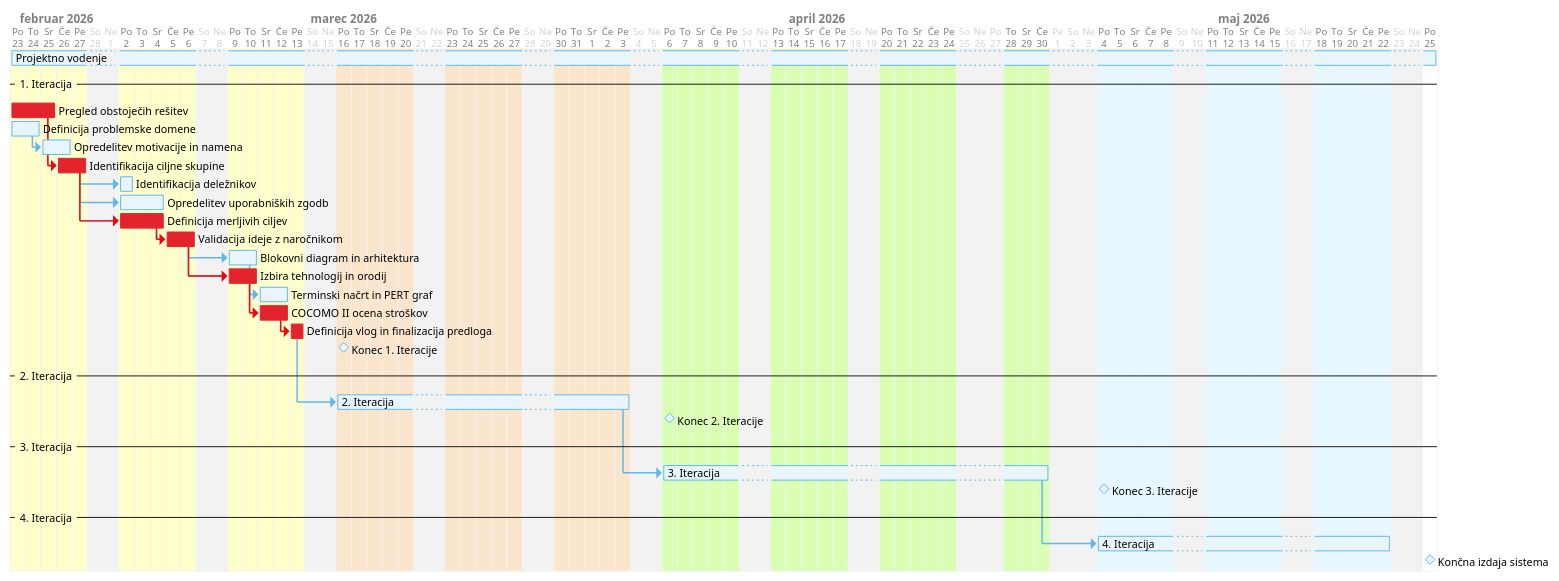
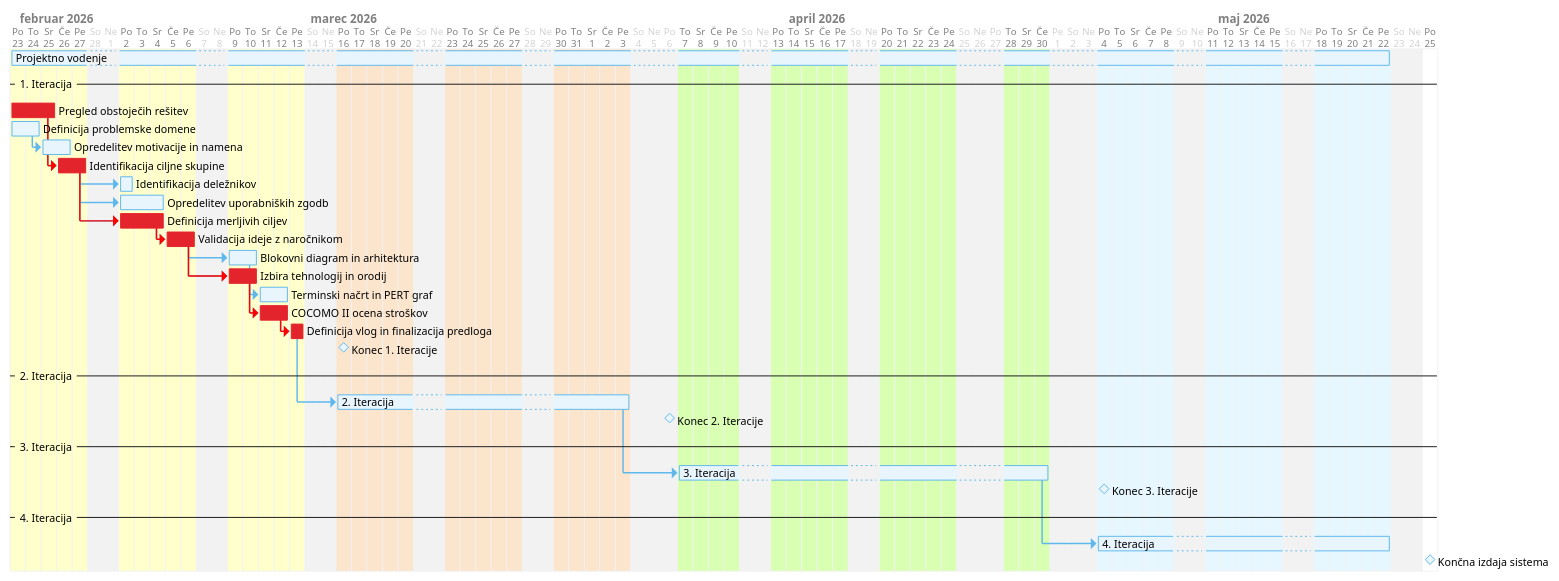
One commit to jakobjesenko/Projekt-06 changed the diagram in docs/gradivo/plantuml/Ganttov_diagram.puml. Above: the diagram before and after it, drawn with PlantUML. The commit also changed 2 other files, not shown here.

Commit message:
dodan opis predznanja in popravljen ganttov diagram

```diff
--- a/docs/gradivo/plantuml/Ganttov_diagram.puml
+++ b/docs/gradivo/plantuml/Ganttov_diagram.puml
@@ -1,119 +1,121 @@
 @startgantt "Ganttov diagram razvoja sistema"
 
 <style>
 ganttDiagram {
   timeline {
     LineColor #f2f2f2
     FontColor gray
   }
   task {
     BackgroundColor #e8f5fd
     LineColor #5FB8EC
   }
   arrow {
     LineColor #5FB8EC
   }
   milestone {
     BackgroundColor #e8f5fd
     LineColor #5FB8EC
   }
   closed {
     BackgroundColor #f2f2f2
     FontColor lightgray
   }
 }
 </style>
 
 skinparam backgroundColor transparent
 hide footbox
 language sl
 
 project starts the 23rd of February 2026
 saturdays are closed
 sundays are closed
+2026-04-06 is closed
 2026-04-27 is closed
 2026-05-01 is closed
 2026-05-02 is closed
 
 
 
 2026-02-23 to 2026-03-15 is colored in #FFFFCC
 2026-02-28 is colored in #f2f2f2
 2026-03-01 is colored in #f2f2f2
 2026-03-07 is colored in #f2f2f2
 2026-03-08 is colored in #f2f2f2
 2026-03-14 is colored in #f2f2f2
 2026-03-15 is colored in #f2f2f2
 
 2026-03-16 to 2026-04-05 is colored in #FCE5CD
 2026-03-21 is colored in #f2f2f2
 2026-03-22 is colored in #f2f2f2
 2026-03-28 is colored in #f2f2f2
 2026-03-29 is colored in #f2f2f2
 2026-04-04 is colored in #f2f2f2
 2026-04-05 is colored in #f2f2f2
 
 2026-04-06 to 2026-05-03 is colored in #D9FFB3
+2026-04-06 is colored in #f2f2f2
 2026-04-11 is colored in #f2f2f2
 2026-04-12 is colored in #f2f2f2
 2026-04-18 is colored in #f2f2f2
 2026-04-19 is colored in #f2f2f2
 2026-04-25 is colored in #f2f2f2
 2026-04-26 is colored in #f2f2f2
 2026-04-27 is colored in #f2f2f2
 2026-05-01 is colored in #f2f2f2
 2026-05-02 is colored in #f2f2f2
 2026-05-03 is colored in #f2f2f2
 
 2026-05-04 to 2026-05-24 is colored in #E6F7FF
 2026-05-09 is colored in #f2f2f2
 2026-05-10 is colored in #f2f2f2
 2026-05-16 is colored in #f2f2f2
 2026-05-17 is colored in #f2f2f2
 2026-05-23 is colored in #f2f2f2
 2026-05-24 is colored in #f2f2f2
 
-[Projektno vodenje] as [I0A0] starts 23rd of February 2026 and lasts 64 days
+[Projektno vodenje] as [I0A0] starts 23rd of February 2026 and lasts 62 days
 
 -- 1. Iteracija --
 [Pregled obstoječih rešitev] as [I1A1] starts 23rd of February 2026 and lasts 3 days and is colored in #E4242C
 [Definicija problemske domene] as [I1A2] starts 23rd of February 2026 and lasts 2 days
 [Opredelitev motivacije in namena] as [I1A3] starts at [I1A2]'s end and lasts 2 days
 [Identifikacija ciljne skupine] as [I1A4] starts at [I1A1]'s end and lasts 2 days and is colored in #E4242C
 
 [Identifikacija deležnikov] as [I1A5] starts at [I1A4]'s end and lasts 1 day
 [Opredelitev uporabniških zgodb] as [I1A6] starts at [I1A4]'s end and lasts 3 days
 [Definicija merljivih ciljev] as [I1A7] starts at [I1A4]'s end and lasts 3 days and is colored in #E4242C
 [Validacija ideje z naročnikom] as [I1A8] starts at [I1A7]'s end and lasts 2 days and is colored in #E4242C
 
 [Blokovni diagram in arhitektura] as [I1A9] starts at [I1A8]'s end and lasts 2 days
 [Izbira tehnologij in orodij] as [I1A10] starts at [I1A8]'s end and lasts 2 days and is colored in #E4242C
 [Terminski načrt in PERT graf] as [I1A11] starts at [I1A9]'s end and lasts 2 days
 [COCOMO II ocena stroškov] as [I1A12] starts at [I1A10]'s end and lasts 2 days and is colored in #E4242C
 [Definicija vlog in finalizacija predloga] as [I1A13] starts at [I1A12]'s end and lasts 1 day and is colored in #E4242C
 
 [I1A1] -[#red]-> [I1A4]
 [I1A4] -[#red]-> [I1A7]
 [I1A7] -[#red]-> [I1A8]
 [I1A8] -[#red]-> [I1A10]
 [I1A10] -[#red]-> [I1A12]
 [I1A12] -[#red]-> [I1A13]
 
 [Konec 1. Iteracije] as [M1] happens 16th of March 2026
 
 -- 2. Iteracija --
 
 [2. Iteracija] as [I2A1] starts at [I1A13]'s end and lasts 15 days
 [Konec 2. Iteracije] as [M2] happens 6th of April 2026
 
 -- 3. Iteracija --
 
-[3. Iteracija] as [I3A1] starts at [I2A1]'s end and lasts 18 days
+[3. Iteracija] as [I3A1] starts at [I2A1]'s end and lasts 17 days
 [Konec 3. Iteracije] as [M3] happens 4rd of May 2026
 
 -- 4. Iteracija --
 
 [4. Iteracija] as [I4A1] starts at [I3A1]'s end and lasts 15 days
 [Končna izdaja sistema] as [M4] happens 25th of May 2026
 
 @endgantt
```
